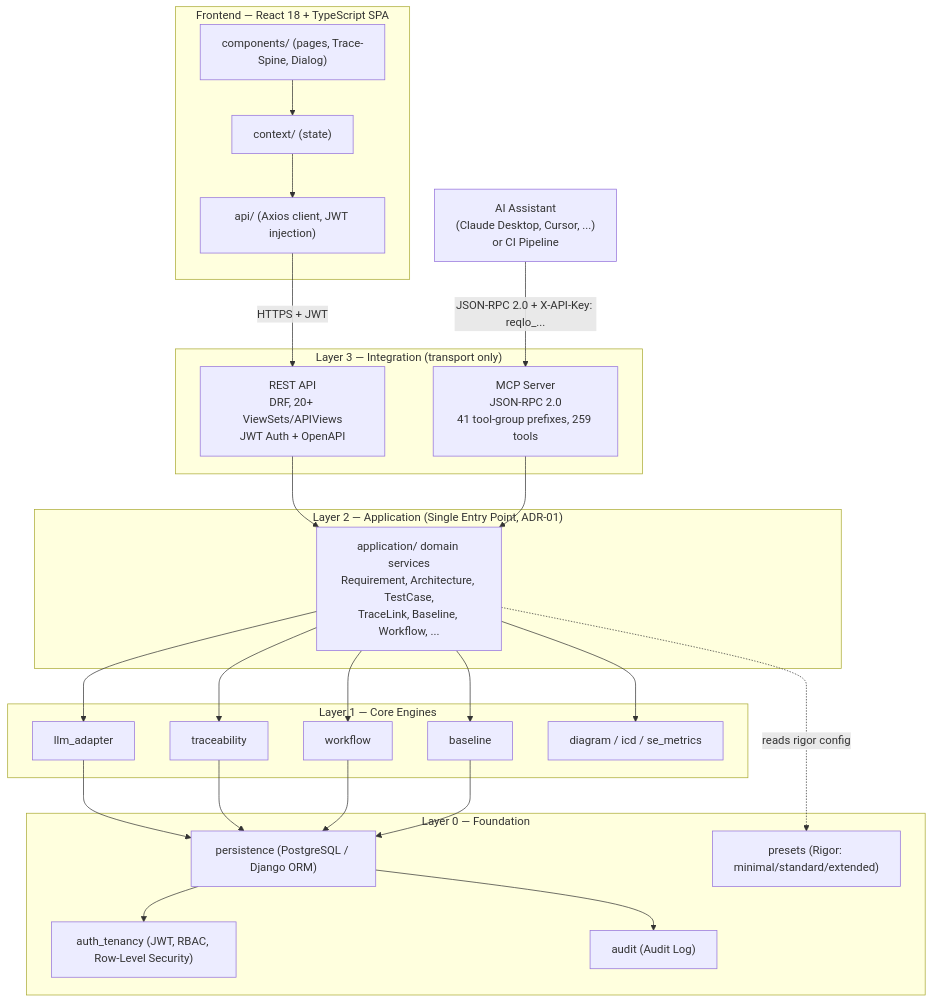
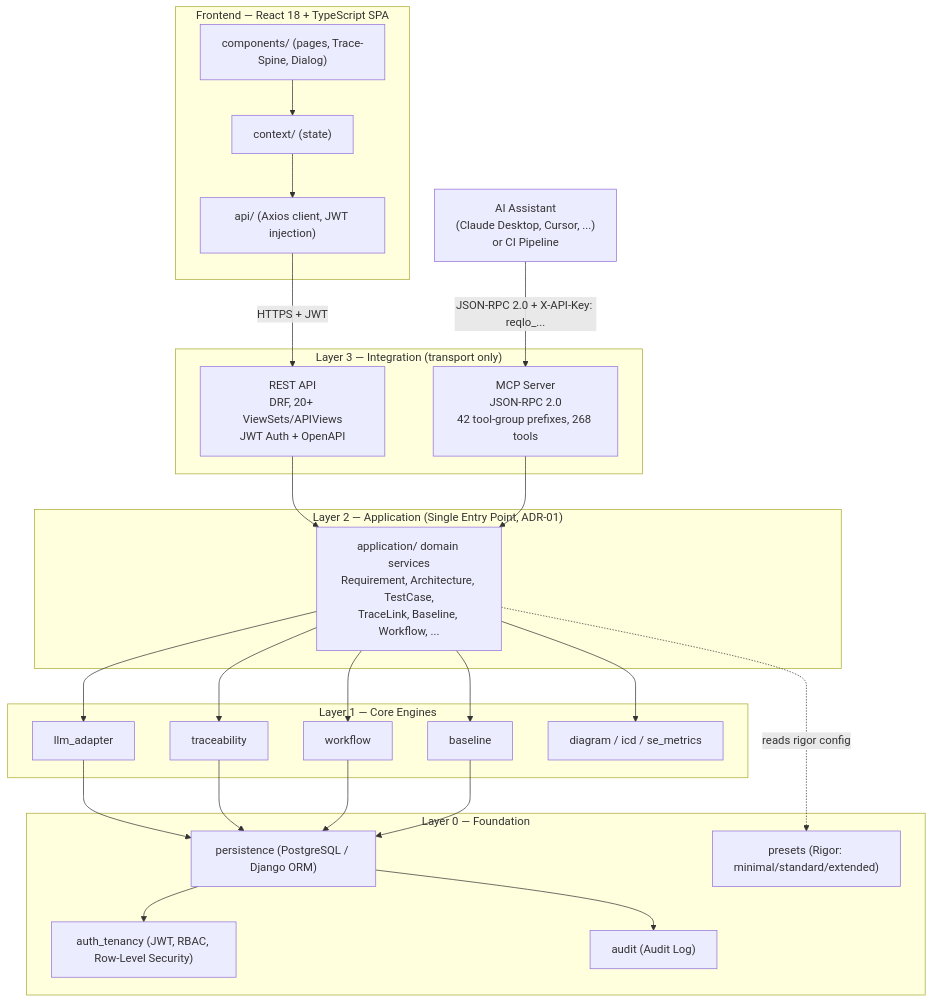
Before and after one commit to Popoboxxo/ReqogniLoom: the first of 3 diagrams in README.md, drawn with Mermaid. The commit also changed other lines of this file and 15 other files, not shown here.

Commit message:
feat(mcp): add document tool group

````diff
--- a/README.md
+++ b/README.md
@@ -101,53 +101,53 @@
 ```mermaid
 graph TD
     subgraph FE["Frontend — React 18 + TypeScript SPA"]
         UI["components/ (pages, Trace-Spine, Dialog)"]
         CTX["context/ (state)"]
         APICLIENT["api/ (Axios client, JWT injection)"]
         UI --> CTX --> APICLIENT
     end
 
     EXT["AI Assistant<br/>(Claude Desktop, Cursor, ...)<br/>or CI Pipeline"]
 
     subgraph L3["Layer 3 — Integration (transport only)"]
         REST["REST API<br/>DRF, 20+ ViewSets/APIViews<br/>JWT Auth + OpenAPI"]
-        MCP["MCP Server<br/>JSON-RPC 2.0<br/>41 tool-group prefixes, 259 tools"]
+        MCP["MCP Server<br/>JSON-RPC 2.0<br/>42 tool-group prefixes, 268 tools"]
     end
 
     subgraph L2["Layer 2 — Application (Single Entry Point, ADR-01)"]
         APP["application/ domain services<br/>Requirement, Architecture, TestCase,<br/>TraceLink, Baseline, Workflow, ..."]
     end
 
     subgraph L1["Layer 1 — Core Engines"]
         LLM["llm_adapter"]
         TRACE["traceability"]
         WF["workflow"]
         BASE["baseline"]
         DIAG["diagram / icd / se_metrics"]
     end
 
     subgraph L0["Layer 0 — Foundation"]
         PERSIST["persistence (PostgreSQL / Django ORM)"]
         AUTH["auth_tenancy (JWT, RBAC, Row-Level Security)"]
         PRESET["presets (Rigor: minimal/standard/extended)"]
         AUDIT["audit (Audit Log)"]
     end
 
     APICLIENT -->|"HTTPS + JWT"| REST
     EXT -->|"JSON-RPC 2.0 + X-API-Key: reqlo_..."| MCP
 
     REST --> APP
     MCP --> APP
     APP --> LLM
     APP --> TRACE
     APP --> WF
     APP --> BASE
     APP --> DIAG
     APP -.->|"reads rigor config"| PRESET
     LLM --> PERSIST
     TRACE --> PERSIST
     WF --> PERSIST
     BASE --> PERSIST
     PERSIST --> AUTH
     PERSIST --> AUDIT
 ```
````
